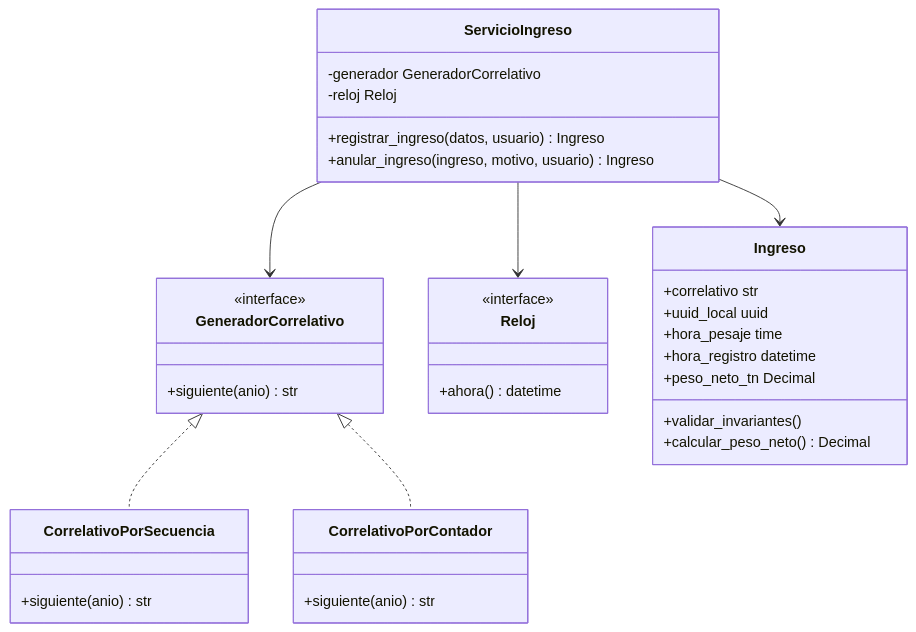
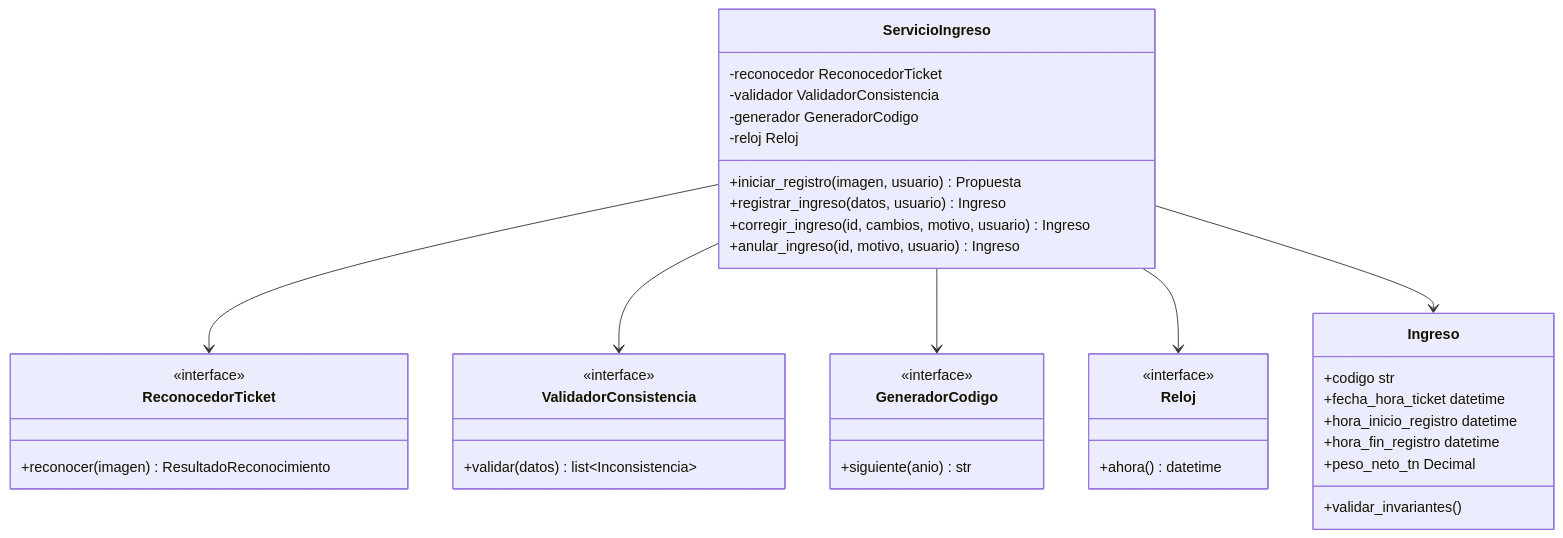
Before and after one commit to adlerOmonte1/LogisticaMinera: the seventh of 7 diagrams in docs/model-c4/ARQ-03_Modelo_C4.md, drawn with Mermaid. The commit also changed other lines of this file, not shown here.

````diff
--- a/docs/model-c4/ARQ-03_Modelo_C4.md
+++ b/docs/model-c4/ARQ-03_Modelo_C4.md
@@ -278,38 +302,43 @@
 ```mermaid
 classDiagram
-    class GeneradorCorrelativo {
+    class ReconocedorTicket {
         <<interface>>
-        +siguiente(anio) str
+        +reconocer(imagen) ResultadoReconocimiento
     }
-    class CorrelativoPorSecuencia {
-        +siguiente(anio) str
+    class ValidadorConsistencia {
+        <<interface>>
+        +validar(datos) list~Inconsistencia~
     }
-    class CorrelativoPorContador {
+    class GeneradorCodigo {
+        <<interface>>
         +siguiente(anio) str
     }
     class Reloj {
         <<interface>>
         +ahora() datetime
     }
     class ServicioIngreso {
-        -generador GeneradorCorrelativo
+        -reconocedor ReconocedorTicket
+        -validador ValidadorConsistencia
+        -generador GeneradorCodigo
         -reloj Reloj
+        +iniciar_registro(imagen, usuario) Propuesta
         +registrar_ingreso(datos, usuario) Ingreso
-        +anular_ingreso(ingreso, motivo, usuario) Ingreso
+        +corregir_ingreso(id, cambios, motivo, usuario) Ingreso
+        +anular_ingreso(id, motivo, usuario) Ingreso
     }
     class Ingreso {
-        +correlativo str
-        +uuid_local uuid
-        +hora_pesaje time
-        +hora_registro datetime
+        +codigo str
+        +fecha_hora_ticket datetime
+        +hora_inicio_registro datetime
+        +hora_fin_registro datetime
         +peso_neto_tn Decimal
         +validar_invariantes()
-        +calcular_peso_neto() Decimal
     }
 
-    GeneradorCorrelativo <|.. CorrelativoPorSecuencia
-    GeneradorCorrelativo <|.. CorrelativoPorContador
-    ServicioIngreso --> GeneradorCorrelativo
+    ServicioIngreso --> ReconocedorTicket
+    ServicioIngreso --> ValidadorConsistencia
+    ServicioIngreso --> GeneradorCodigo
     ServicioIngreso --> Reloj
     ServicioIngreso --> Ingreso
 ```
````
